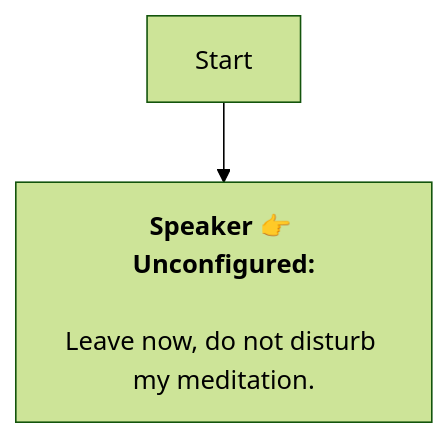
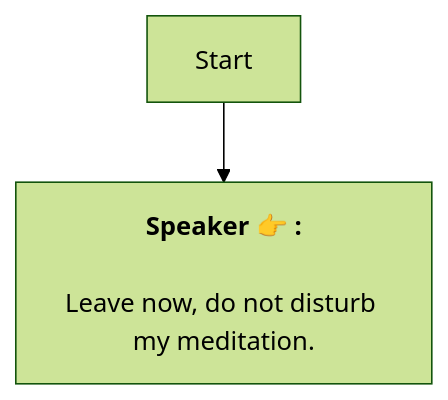
Before and after one commit to SoftHu/tos_avg: the diagram in En/GLP_common.md, drawn with Mermaid (forest theme). The commit also changed 737 other files, not shown here.

````diff
--- a/En/GLP_common.md
+++ b/En/GLP_common.md
@@ -1,7 +1,6 @@
 ```mermaid
 graph
-Start -->1719954746922015[<b>Speaker 👉 Unconfigured:</b>
+Start -->1719954746922015[<b>Speaker 👉 :</b>
+\nLeave now, do not disturb my meditation.]
 
-Leave now, do not disturb my meditation.]
-
- ```
+```
````
